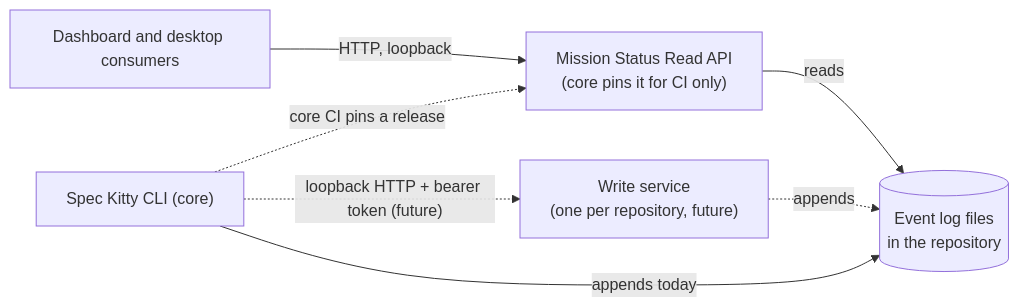
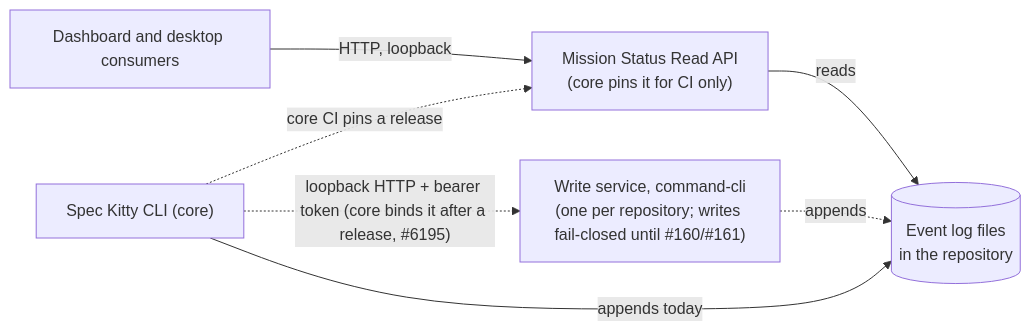
The first of 3 diagrams in docs/architecture/services/overview.md (spec-kitty/spec-kitty-events), drawn with Mermaid before and after one commit. The commit also changed other lines of this file and 14 other files, not shown here.

First line of the commit message:
docs(command-cli): settle the contract and document the write service (#156)

````diff
--- a/docs/architecture/services/overview.md
+++ b/docs/architecture/services/overview.md
@@ -38,14 +44,14 @@
 ```mermaid
 flowchart LR
   cli["Spec Kitty CLI (core)"]
   ui["Dashboard and desktop consumers"]
   read["Mission Status Read API<br/>(core pins it for CI only)"]
-  write["Write service<br/>(one per repository, future)"]
+  write["Write service, command-cli<br/>(one per repository; writes fail-closed until #160/#161)"]
   logs[("Event log files<br/>in the repository")]
   ui -->|HTTP, loopback| read
   cli -.->|"core CI pins a release"| read
-  cli -.->|"loopback HTTP + bearer token (future)"| write
+  cli -.->|"loopback HTTP + bearer token (core binds it after a release, #6195)"| write
   read -->|reads| logs
   write -.->|appends| logs
   cli -->|appends today| logs
 ```
````
